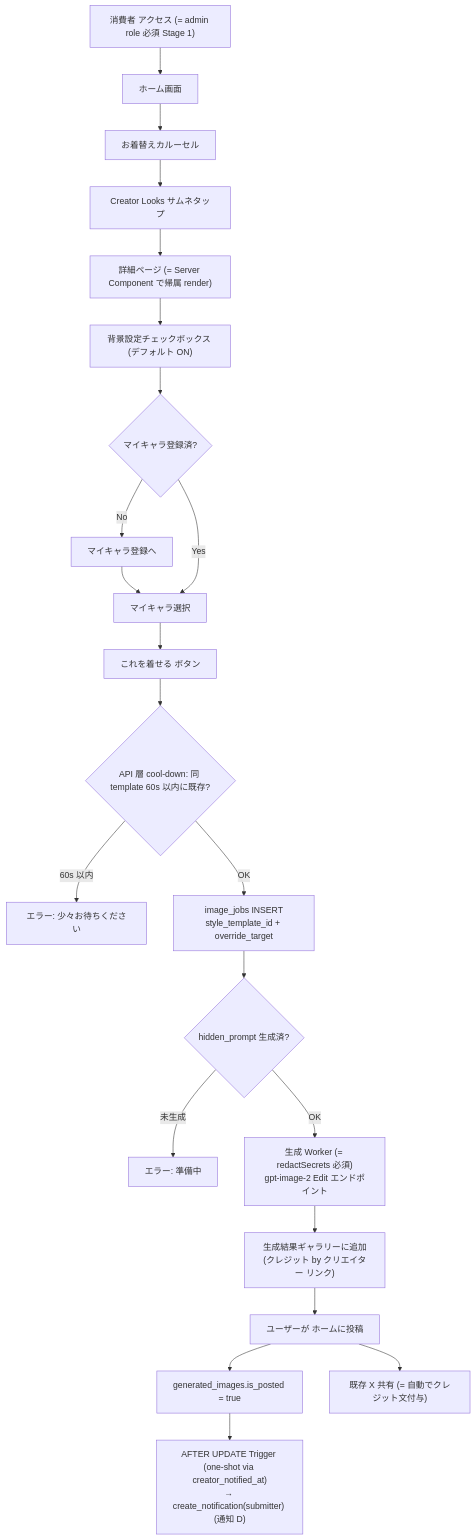
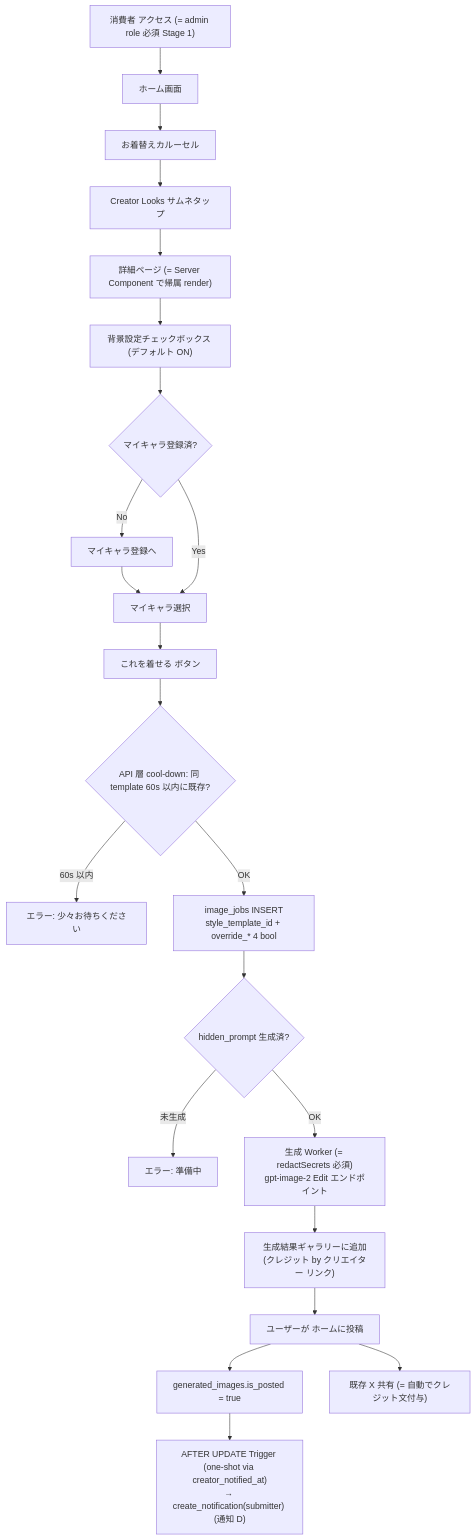
Before and after one commit to 3balljugglerYu/ai_coordinate: the third of 5 diagrams in docs/planning/creator-looks-implementation-plan.md, drawn with Mermaid. The commit also changed other lines of this file, not shown here.

````diff
--- a/docs/planning/creator-looks-implementation-plan.md
+++ b/docs/planning/creator-looks-implementation-plan.md
@@ -219,36 +220,36 @@
 ```mermaid
 flowchart TD
     Visit["消費者 アクセス (= admin role 必須 Stage 1)"]
     Home["ホーム画面"]
     Browse["お着替えカルーセル"]
     Pick["Creator Looks サムネタップ"]
     Detail["詳細ページ (= Server Component で帰属 render)"]
     BgToggle["背景設定チェックボックス (デフォルト ON)"]
     MyChar{マイキャラ登録済?}
     Register["マイキャラ登録へ"]
     Select["マイキャラ選択"]
     Try["これを着せる ボタン"]
     Cooldown{API 層 cool-down: 同 template 60s 以内に既存?}
     RejectCool["エラー: 少々お待ちください"]
-    GenJob["image_jobs INSERT<br/>style_template_id + override_target"]
+    GenJob["image_jobs INSERT<br/>style_template_id + override_* 4 bool"]
     SecretCheck{hidden_prompt 生成済?}
     NotReady["エラー: 準備中"]
     Generate["生成 Worker (= redactSecrets 必須)<br/>gpt-image-2 Edit エンドポイント"]
     Gallery["生成結果ギャラリーに追加<br/>(クレジット by クリエイター リンク)"]
     PostHome["ユーザーが ホームに投稿"]
     PostFlag["generated_images.is_posted = true"]
     TrigD["AFTER UPDATE Trigger (one-shot via creator_notified_at)<br/>→ create_notification(submitter) (通知 D)"]
     XShare["既存 X 共有 (= 自動でクレジット文付与)"]
 
     Visit --> Home --> Browse --> Pick --> Detail
     Detail --> BgToggle --> MyChar
     MyChar -- No --> Register --> Select
     MyChar -- Yes --> Select
     Select --> Try --> Cooldown
     Cooldown -- 60s 以内 --> RejectCool
     Cooldown -- OK --> GenJob --> SecretCheck
     SecretCheck -- 未生成 --> NotReady
     SecretCheck -- OK --> Generate --> Gallery
     Gallery --> PostHome --> PostFlag --> TrigD
     PostHome --> XShare
 ```
````
